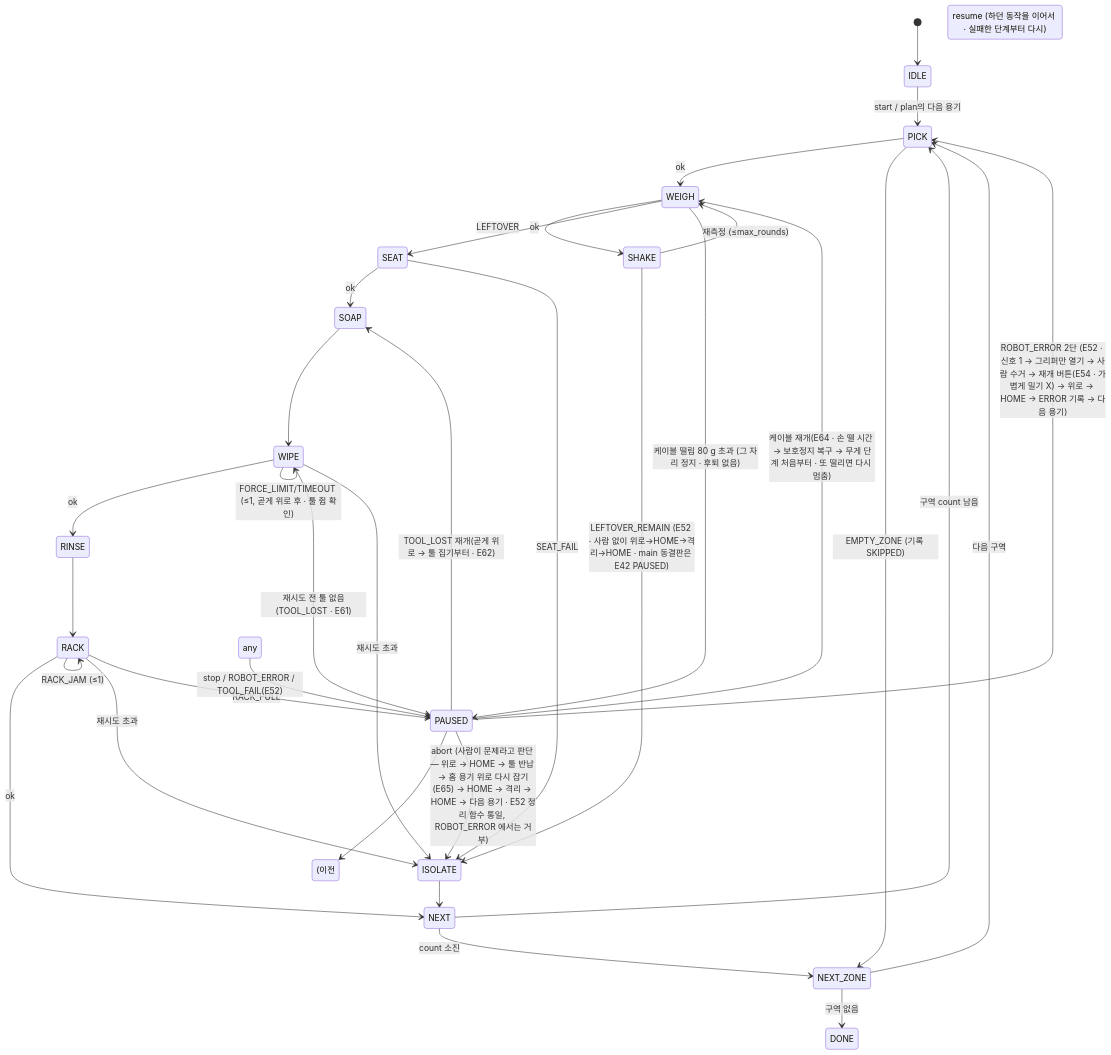
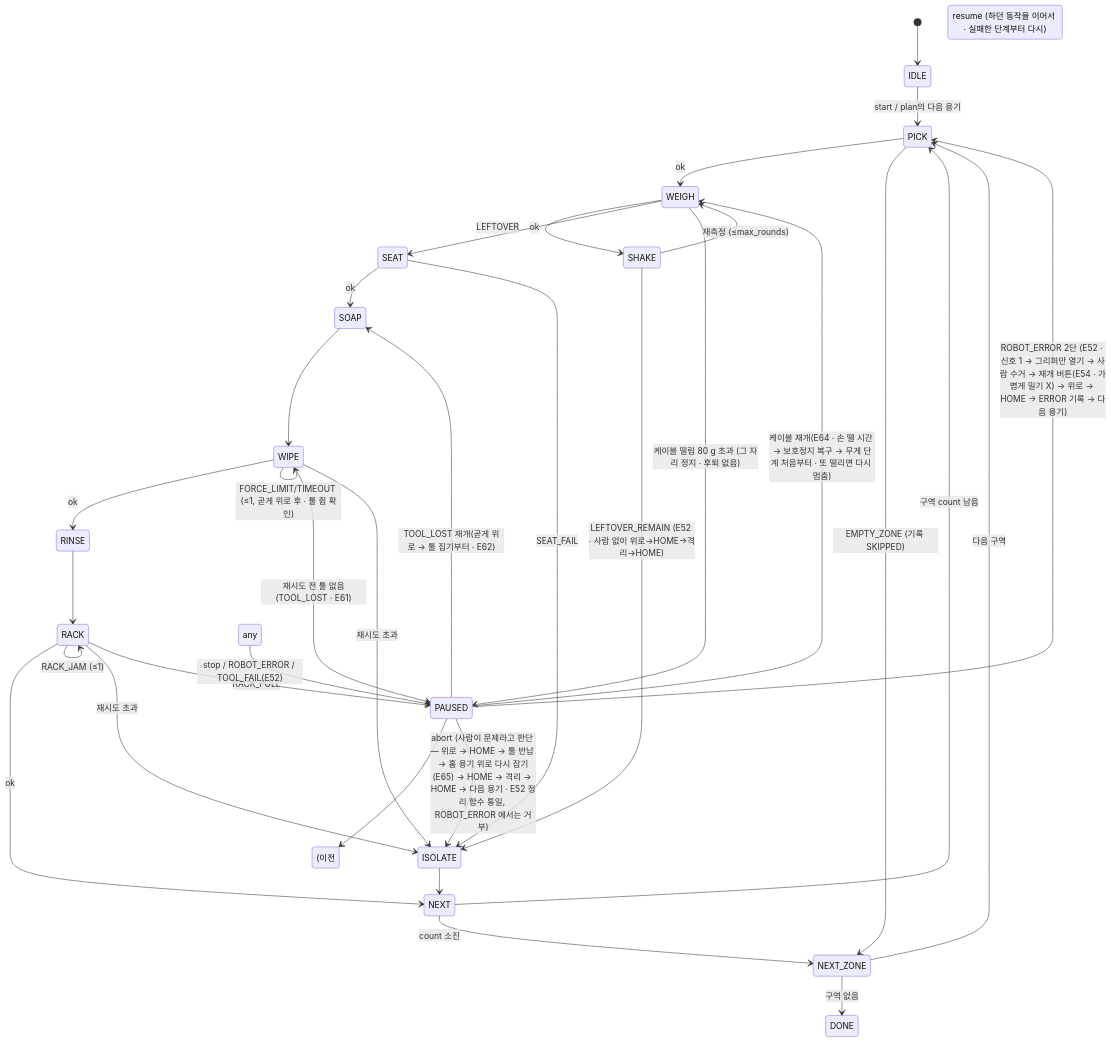
One commit to abyssGo/rokey_9_pjt1_D2 changed the second of 2 diagrams in docs/03_설계_SDD.md. Above: the diagram before and after it, drawn with Mermaid. The commit also changed other lines of this file and 18 other files, not shown here.

````diff
--- a/docs/03_설계_SDD.md
+++ b/docs/03_설계_SDD.md
@@ -340,36 +339,36 @@
 ```mermaid
 stateDiagram-v2
   [*] --> IDLE
   IDLE --> PICK: start / plan의 다음 용기
   PICK --> WEIGH: ok
   PICK --> NEXT_ZONE: EMPTY_ZONE (기록 SKIPPED)
   WEIGH --> SHAKE: LEFTOVER
   WEIGH --> SEAT: ok
   WEIGH --> PAUSED: 케이블 떨림 80 g 초과 (그 자리 정지 · 후퇴 없음)
   SHAKE --> WEIGH: 재측정 (≤max_rounds)
-  SHAKE --> ISOLATE: LEFTOVER_REMAIN (E52 · 사람 없이 위로→HOME→격리→HOME · main 동결판은 E42 PAUSED)
+  SHAKE --> ISOLATE: LEFTOVER_REMAIN (E52 · 사람 없이 위로→HOME→격리→HOME)
   SEAT --> SOAP: ok
   SEAT --> ISOLATE: SEAT_FAIL
   SOAP --> WIPE
   WIPE --> RINSE: ok
   WIPE --> WIPE: FORCE_LIMIT/TIMEOUT (≤1, 곧게 위로 후 · 툴 쥠 확인)
   WIPE --> PAUSED: 재시도 전 툴 없음(TOOL_LOST · E61)
   WIPE --> ISOLATE: 재시도 초과
   RINSE --> RACK
   RACK --> NEXT: ok
   RACK --> RACK: RACK_JAM (≤1)
   RACK --> ISOLATE: 재시도 초과
   RACK --> PAUSED: RACK_FULL
   ISOLATE --> NEXT
   NEXT --> PICK: 구역 count 남음
   NEXT --> NEXT_ZONE: count 소진
   NEXT_ZONE --> PICK: 다음 구역
   NEXT_ZONE --> DONE: 구역 없음
   state "any" as ANY
   ANY --> PAUSED: stop / ROBOT_ERROR / TOOL_FAIL(E52)
   PAUSED --> PICK: ROBOT_ERROR 2단 (E52 · 신호 1 → 그리퍼만 열기 → 사람 수거 → 재개 버튼(E54 · 가볍게 밀기 X) → 위로 → HOME → ERROR 기록 → 다음 용기)
   PAUSED --> SOAP: TOOL_LOST 재개(곧게 위로 → 툴 집기부터 · E62)
   PAUSED --> WEIGH: 케이블 재개(E64 · 손 뗄 시간 → 보호정지 복구 → 무게 단계 처음부터 · 또 떨리면 다시 멈춤)
   PAUSED --> (이전 상태): resume (하던 동작을 이어서 · 실패한 단계부터 다시)
   PAUSED --> ISOLATE: abort (사람이 문제라고 판단 — 위로 → HOME → 툴 반납 → 홈 용기 위로 다시 잡기(E65) → HOME → 격리 → HOME → 다음 용기 · E52 정리 함수 통일, ROBOT_ERROR 에서는 거부)
 ```
````
